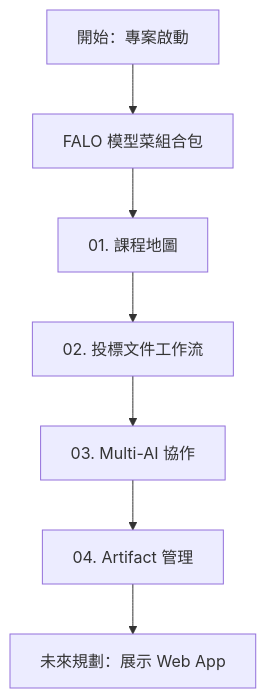
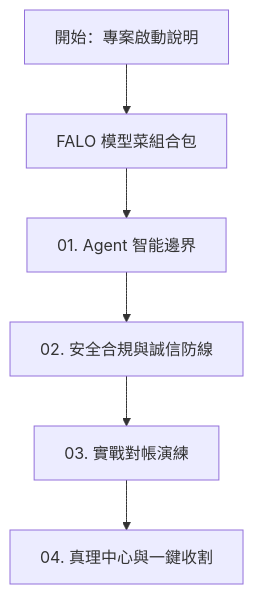
One commit to falo-chinese/skyline-class changed the diagram in class2/workbench/index.md. Above: the diagram before and after it, drawn with Mermaid. The commit also changed other lines of this file and 9 other files, not shown here.

````diff
--- a/class2/workbench/index.md
+++ b/class2/workbench/index.md
@@ -13,9 +13,8 @@
 ```mermaid
 graph TD
-    Start[開始：專案啟動] --> SetMenu[FALO 模型菜組合包]
-    SetMenu --> Map[01. 課程地圖]
-    Map --> Flow[02. 投標文件工作流]
-    Flow --> MultiAI[03. Multi-AI 協作]
-    MultiAI --> Artifact[04. Artifact 管理]
-    Artifact --> Demo[未來規劃：展示 Web App]
+    Start[開始：專案啟動說明] --> SetMenu[FALO 模型菜組合包]
+    SetMenu --> Map[01. Agent 智能邊界]
+    Map --> Flow[02. 安全合規與誠信防線]
+    Flow --> MultiAI[03. 實戰對帳演練]
+    MultiAI --> Artifact[04. 真理中心與一鍵收割]
 ```
````
